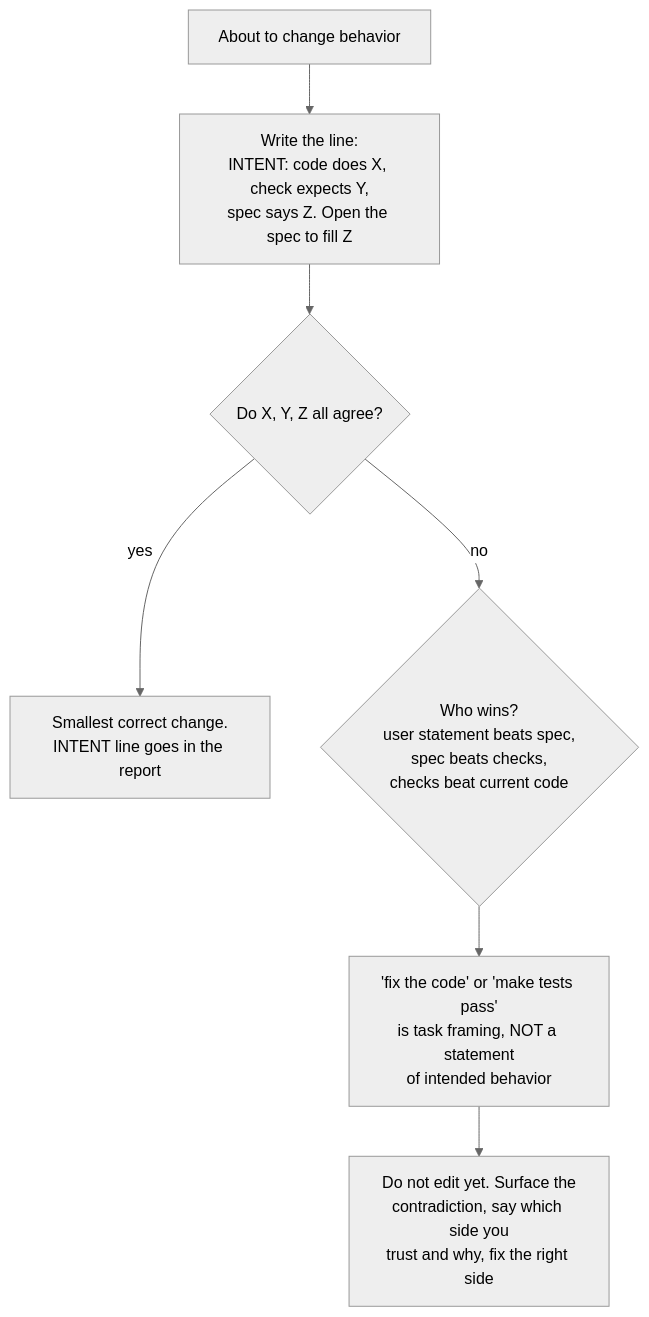
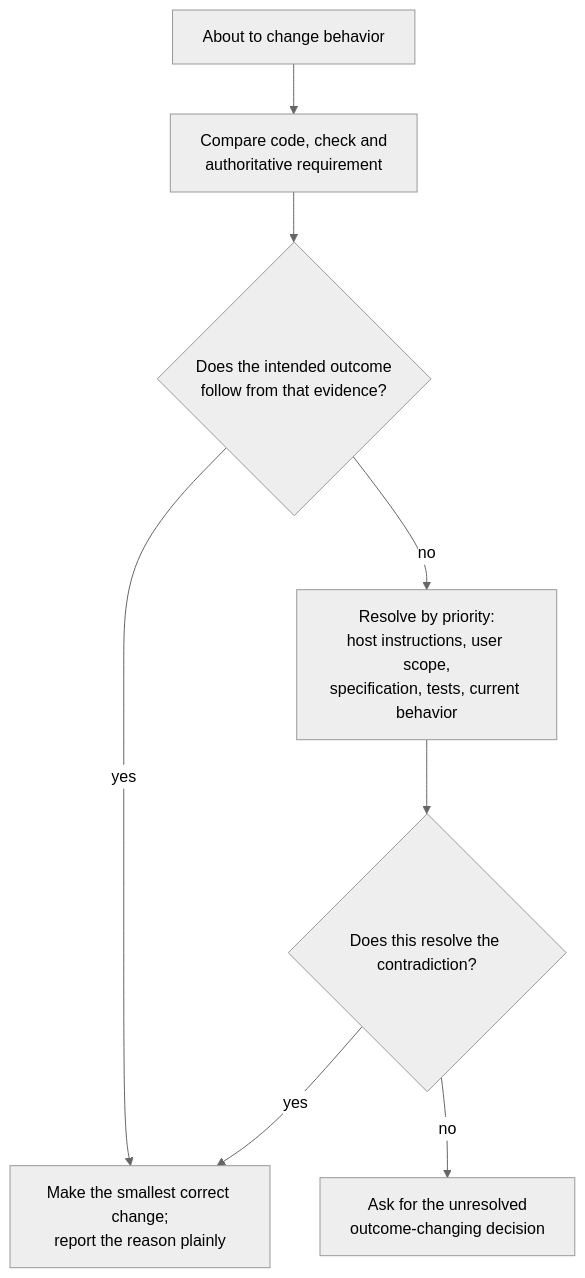
Before and after one commit to oleg494/coding-kit: the fourth of 8 diagrams in skills/fable-method/references/flowcharts.md, drawn with Mermaid (neutral theme). The commit also changed other lines of this file and 92 other files, not shown here.

````diff
--- a/skills/fable-method/references/flowcharts.md
+++ b/skills/fable-method/references/flowcharts.md
@@ -66,9 +66,10 @@
 ```mermaid
 flowchart TD
-    E["About to change behavior"] --> I["Write the line:<br/>INTENT: code does X, check expects Y,<br/>spec says Z. Open the spec to fill Z"]
-    I --> AGR{"Do X, Y, Z all agree?"}
-    AGR -->|yes| GO["Smallest correct change.<br/>INTENT line goes in the report"]
-    AGR -->|no| AUTH{"Who wins?<br/>user statement beats spec,<br/>spec beats checks,<br/>checks beat current code"}
-    AUTH --> NOTE["'fix the code' or 'make tests pass'<br/>is task framing, NOT a statement<br/>of intended behavior"]
-    NOTE --> SURF["Do not edit yet. Surface the<br/>contradiction, say which side you<br/>trust and why, fix the right side"]
+    E["About to change behavior"] --> I["Compare code, check and<br/>authoritative requirement"]
+    I --> AGR{"Does the intended outcome<br/>follow from that evidence?"}
+    AGR -->|yes| GO["Make the smallest correct change;<br/>report the reason plainly"]
+    AGR -->|no| AUTH["Resolve by priority:<br/>host instructions, user scope,<br/>specification, tests, current behavior"]
+    AUTH --> CLEAR{"Does this resolve the contradiction?"}
+    CLEAR -->|yes| GO
+    CLEAR -->|no| ASK["Ask for the unresolved<br/>outcome-changing decision"]
 ```
````
